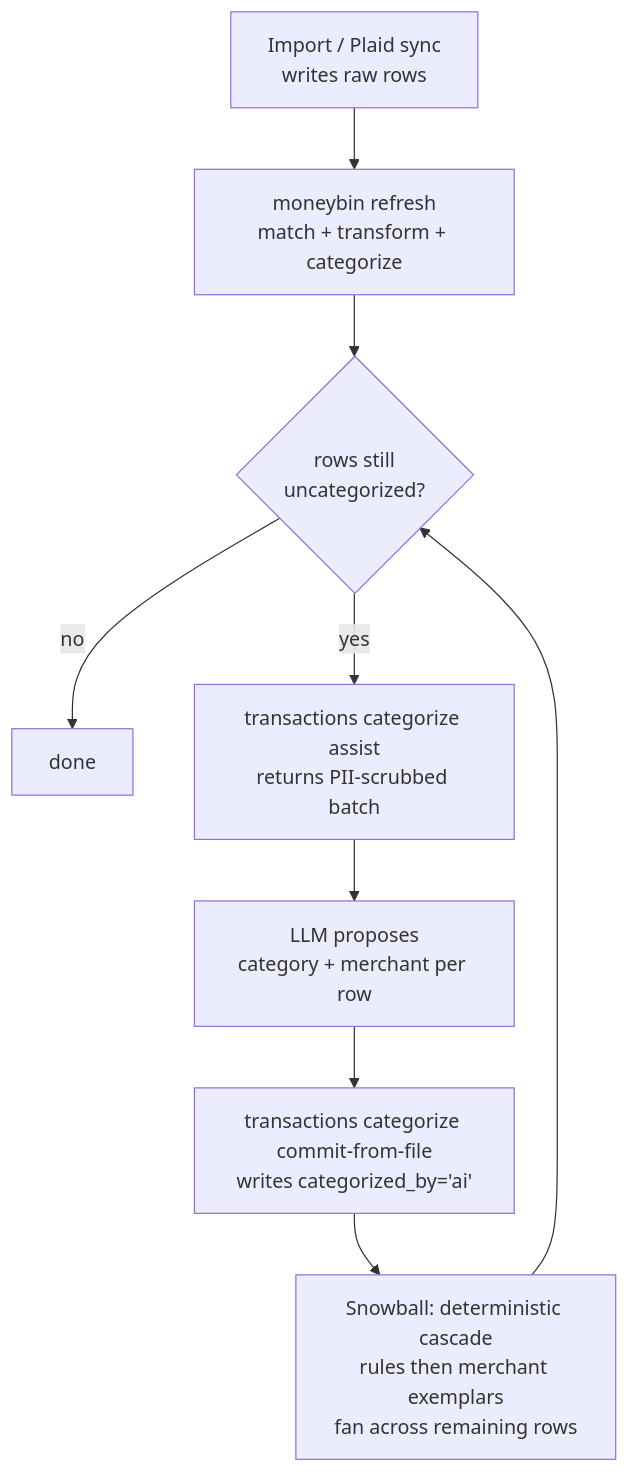
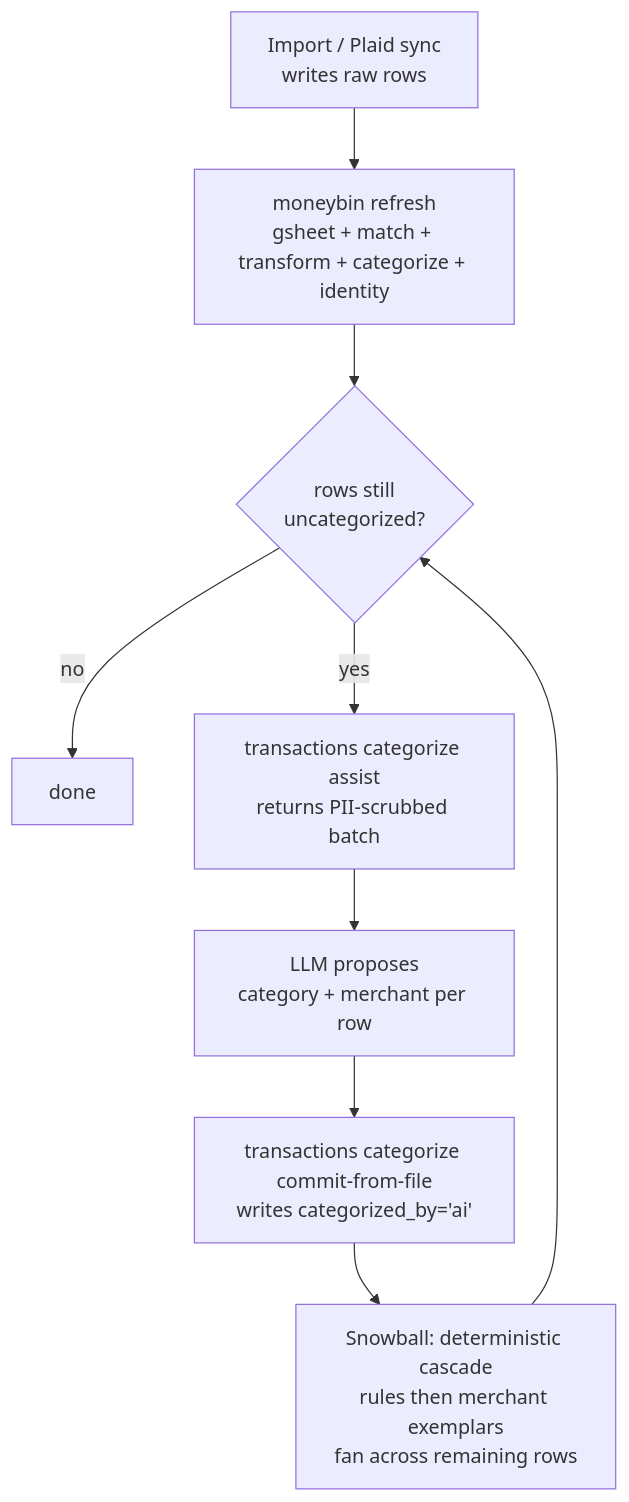
The diagram in docs/guides/categorization.md (bsaffel/moneybin), drawn with Mermaid before and after one commit. The commit also changed other lines of this file and 88 other files, not shown here.

````diff
--- a/docs/guides/categorization.md
+++ b/docs/guides/categorization.md
@@ -42,11 +42,11 @@
 ```mermaid
 flowchart TD
-    A[Import / Plaid sync<br/>writes raw rows] --> B[moneybin refresh<br/>match + transform + categorize]
+    A[Import / Plaid sync<br/>writes raw rows] --> B[moneybin refresh<br/>gsheet + match + transform + categorize + identity]
     B --> C{rows still<br/>uncategorized?}
     C -->|no| END[done]
     C -->|yes| D[transactions categorize assist<br/>returns PII-scrubbed batch]
     D --> E[LLM proposes<br/>category + merchant per row]
     E --> F[transactions categorize commit-from-file<br/>writes categorized_by='ai']
     F --> G[Snowball: deterministic cascade<br/>rules then merchant exemplars<br/>fan across remaining rows]
     G --> C
 ```
````
